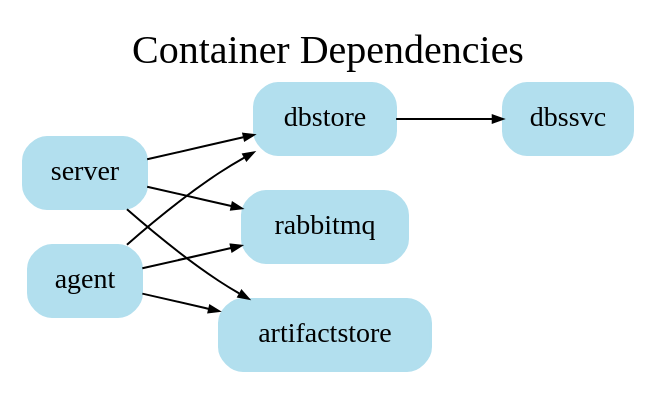
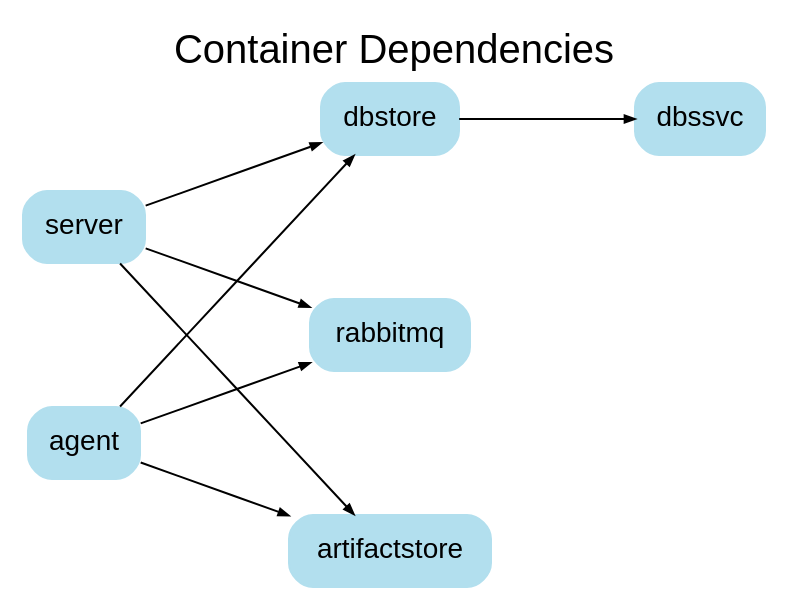
The diagram in notes/system-structure.dot (hohn/mrvacommander), drawn with Graphviz before and after one commit. The commit also changed 1 other file, not shown here.

```diff
--- a/notes/system-structure.dot
+++ b/notes/system-structure.dot
@@ -1,27 +1,32 @@
 digraph DockerCompose {
     rankdir=LR; // Left-to-right layout
-    node [shape=box style="rounded,filled" color=lightblue2];
-    edge [arrowsize=0.5]; // Reduce arrow size
-
+    node [shape=box style="rounded,filled" color=lightblue2 fontname="Helvetica"];
+    edge [arrowsize=0.5];
+    
     // Title
     label="Container Dependencies";
     labelloc=top;
     fontsize=20;
+    fontname="Helvetica";
 
-    // Define nodes with increased spacing
-    dbssvc [label="dbssvc" pos="0,0!"];
-    dbstore [label="dbstore" pos="0,-2!"];
-    rabbitmq [label="rabbitmq" pos="0,-4!"];
-    server [label="server" pos="0,-6!"];
-    artifactstore [label="artifactstore" pos="0,-8!"];
-    agent [label="agent" pos="0,-10!"];
+    // Increase spacing between nodes
+    nodesep=1.0;
+    ranksep=1.0;
+
+    // Define nodes
+    dbssvc [label="dbssvc"];
+    dbstore [label="dbstore"];
+    rabbitmq [label="rabbitmq"];
+    server [label="server"];
+    artifactstore [label="artifactstore"];
+    agent [label="agent"];
 
     // Define edges (reversed directions)
     dbstore -> dbssvc;
     server -> dbstore;
     server -> rabbitmq;
     server -> artifactstore;
     agent -> dbstore;
     agent -> artifactstore;
     agent -> rabbitmq;
 }
```
